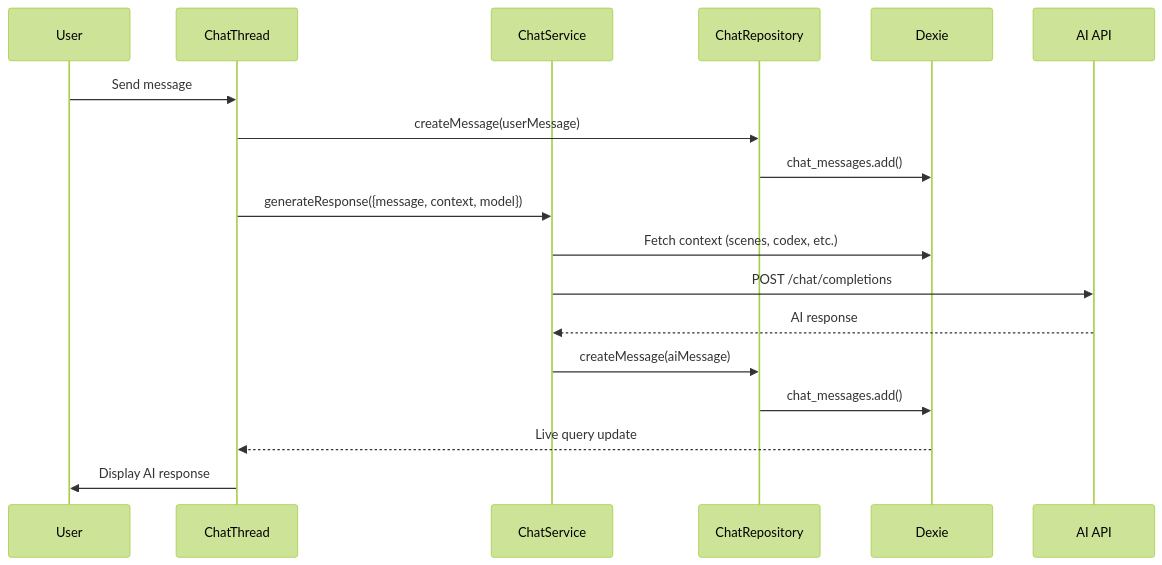
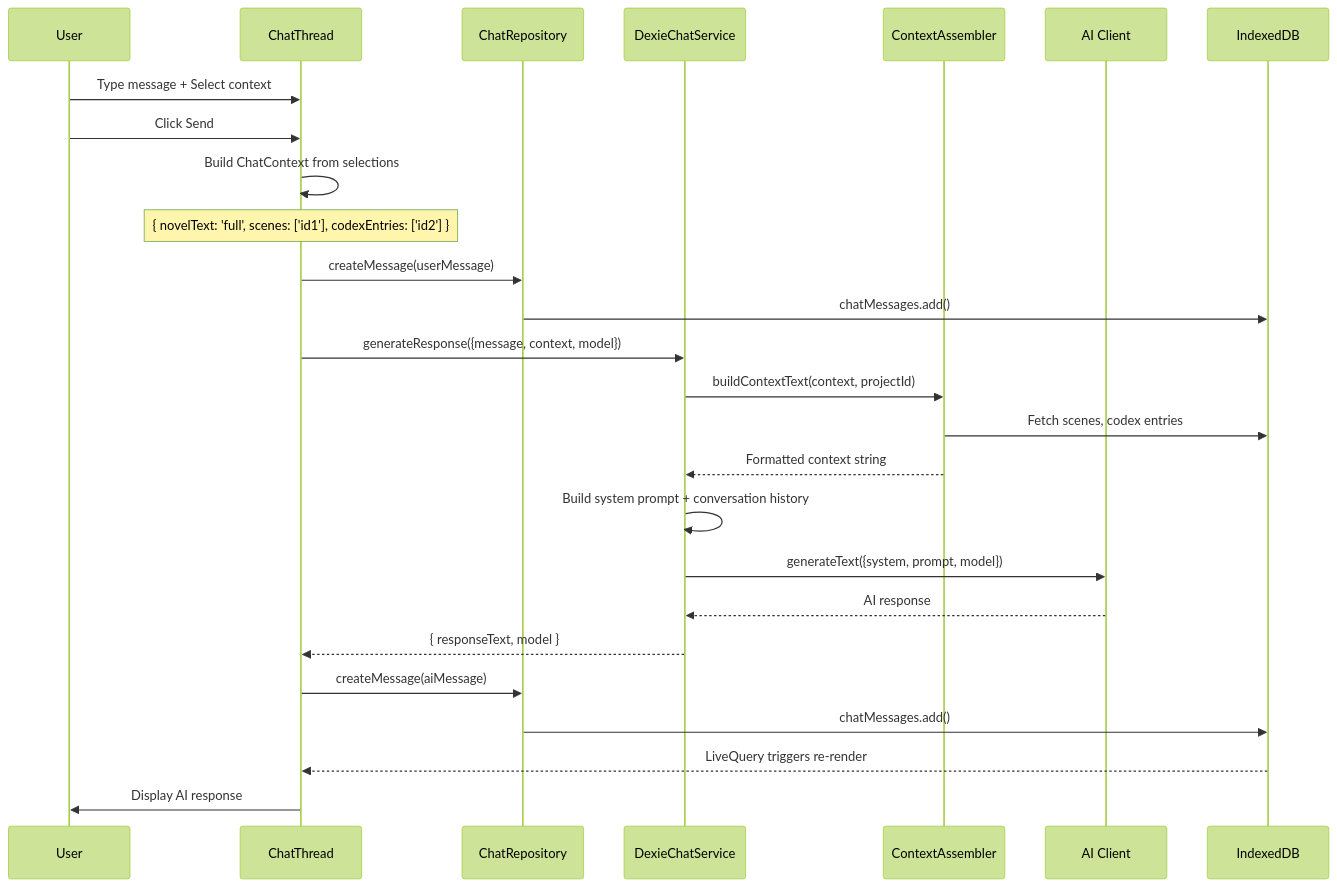
One commit to Sai-Roopesh/becomeAnAuthor changed the seventh of 22 diagrams in docs/architecture_doc.md. Above: the diagram before and after it, drawn with Mermaid (forest theme). The commit also changed other lines of this file and 42 other files, not shown here.

Commit message:
feat: introduce core domain entities, implement AI chat and codex entity editor components, and add various utility services

````diff
--- a/docs/architecture_doc.md
+++ b/docs/architecture_doc.md
@@ -269,23 +356,38 @@
 ```mermaid
 sequenceDiagram
     participant User
     participant UI as ChatThread
-    participant Service as ChatService
     participant Repo as ChatRepository
-    participant DB as Dexie
-    participant AI as AI API
+    participant Service as DexieChatService
+    participant Context as ContextAssembler
+    participant AI as AI Client
+    participant DB as IndexedDB
 
-    User->>UI: Send message
+    User->>UI: Type message + Select context
+    User->>UI: Click Send
+    
+    UI->>UI: Build ChatContext from selections
+    Note over UI: { novelText: 'full', scenes: ['id1'], codexEntries: ['id2'] }
+    
     UI->>Repo: createMessage(userMessage)
-    Repo->>DB: chat_messages.add()
+    Repo->>DB: chatMessages.add()
     
     UI->>Service: generateResponse({message, context, model})
-    Service->>DB: Fetch context (scenes, codex, etc.)
-    Service->>AI: POST /chat/completions
+    
+    Service->>Context: buildContextText(context, projectId)
+    Context->>DB: Fetch scenes, codex entries
+    Context-->>Service: Formatted context string
+    
+    Service->>Service: Build system prompt + conversation history
+    Service->>AI: generateText({system, prompt, model})
+    
     AI-->>Service: AI response
     
-    Service->>Repo: createMessage(aiMessage)
-    Repo->>DB: chat_messages.add()
-    DB-->>UI: Live query update
+    Service-->>UI: { responseText, model }
+    
+    UI->>Repo: createMessage(aiMessage)
+    Repo->>DB: chatMessages.add()
+    
+    DB-->>UI: LiveQuery triggers re-render
     UI->>User: Display AI response
 ```
````
